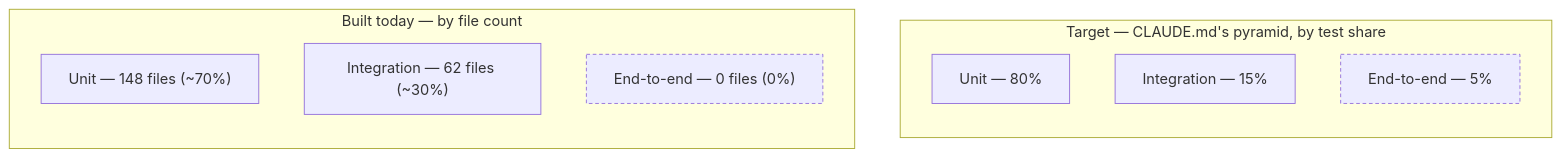
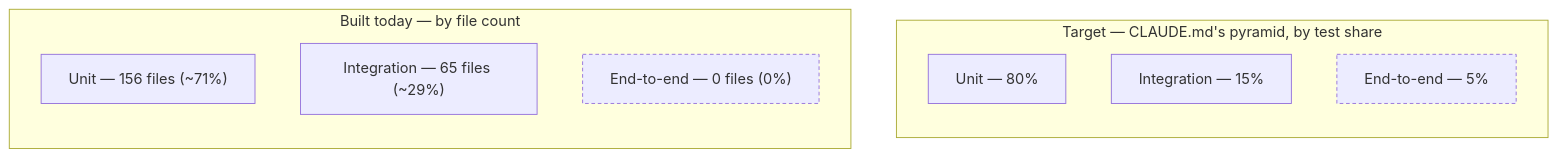
One commit to aaronrmDev/AI-AUGMENTED-GENERATION changed the diagram in docs/testing/TESTING.md. Above: the diagram before and after it, drawn with Mermaid. The commit also changed other lines of this file and 7 other files, not shown here.

````diff
--- a/docs/testing/TESTING.md
+++ b/docs/testing/TESTING.md
@@ -15,17 +15,17 @@
 ```mermaid
 flowchart TB
     subgraph Target["Target — CLAUDE.md's pyramid, by test share"]
         direction TB
         TU["Unit — 80%"]
         TI["Integration — 15%"]
         TE["End-to-end — 5%"]
     end
     subgraph Actual["Built today — by file count"]
         direction TB
-        AU["Unit — 148 files (~70%)"]
-        AI["Integration — 62 files (~30%)"]
+        AU["Unit — 156 files (~71%)"]
+        AI["Integration — 65 files (~29%)"]
         AE["End-to-end — 0 files (0%)"]
     end
     style TE stroke-dasharray: 4 3
     style AE stroke-dasharray: 4 3
 ```
````
